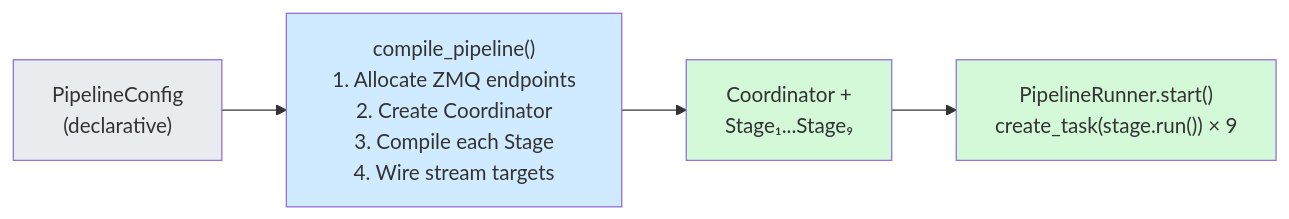
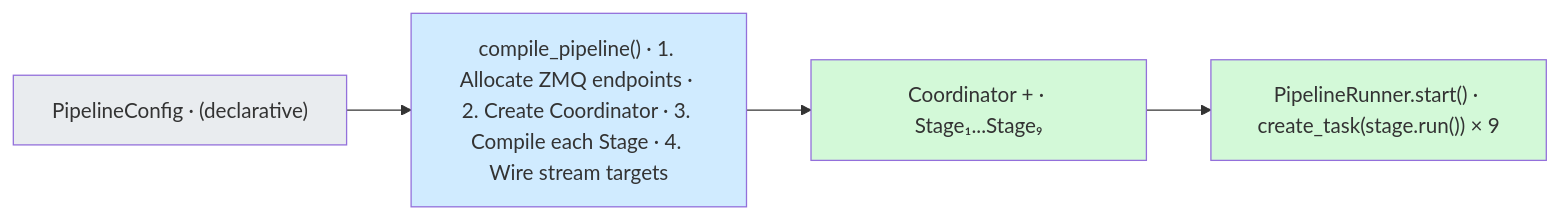
The seventh of 27 diagrams in sglang/sglang-omni/README.md (zhaochenyang20/Awesome-ML-SYS-Tutorial), drawn with Mermaid before and after one commit. The commit also changed other lines of this file, not shown here.

First line of the commit message:
docs(sglang-omni): use single-line mermaid labels and redraw multi-model diagram with subgraphs

````diff
--- a/sglang/sglang-omni/README.md
+++ b/sglang/sglang-omni/README.md
@@ -370,18 +384,11 @@
 ```mermaid
 graph LR
-    Config["`PipelineConfig
-(declarative)`"] --> Compile["`compile_pipeline()
-1. Allocate ZMQ endpoints
-2. Create Coordinator
-3. Compile each Stage
-4. Wire stream targets`"]
-    Compile --> Runtime["`Coordinator +
-Stage₁...Stage₉`"]
-    Runtime --> Start["`PipelineRunner.start()
-create_task(stage.run()) × 9`"]
+    Config["PipelineConfig · (declarative)"] --> Compile["compile_pipeline() · 1. Allocate ZMQ endpoints · 2. Create Coordinator · 3. Compile each Stage · 4. Wire stream targets"]
+    Compile --> Runtime["Coordinator + · Stage₁...Stage₉"]
+    Runtime --> Start["PipelineRunner.start() · create_task(stage.run()) × 9"]
 
     style Config fill:#e9ecef,color:#333
     style Compile fill:#d0ebff,color:#333
     style Runtime fill:#d3f9d8,color:#333
     style Start fill:#d3f9d8,color:#333
 ```
````
